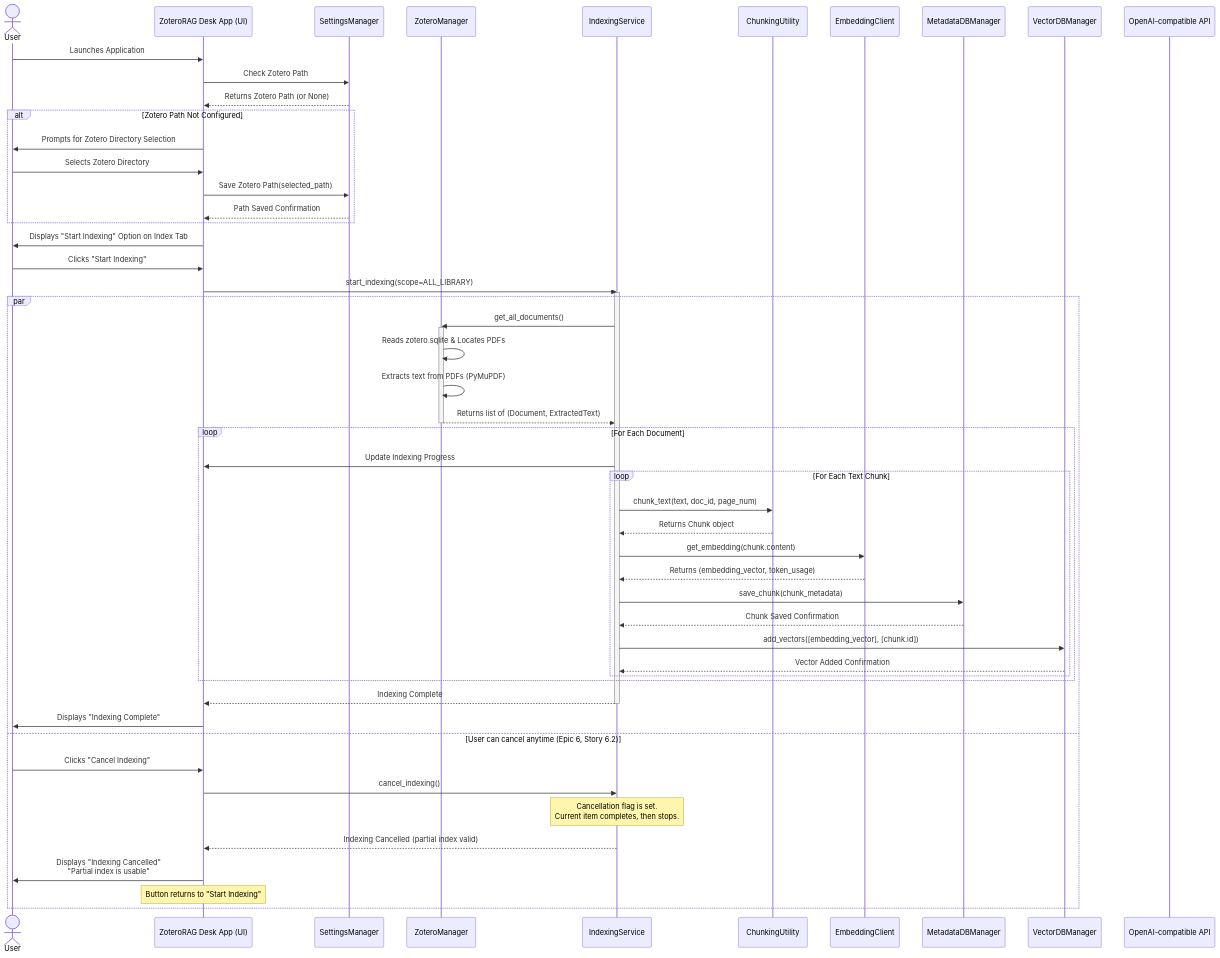
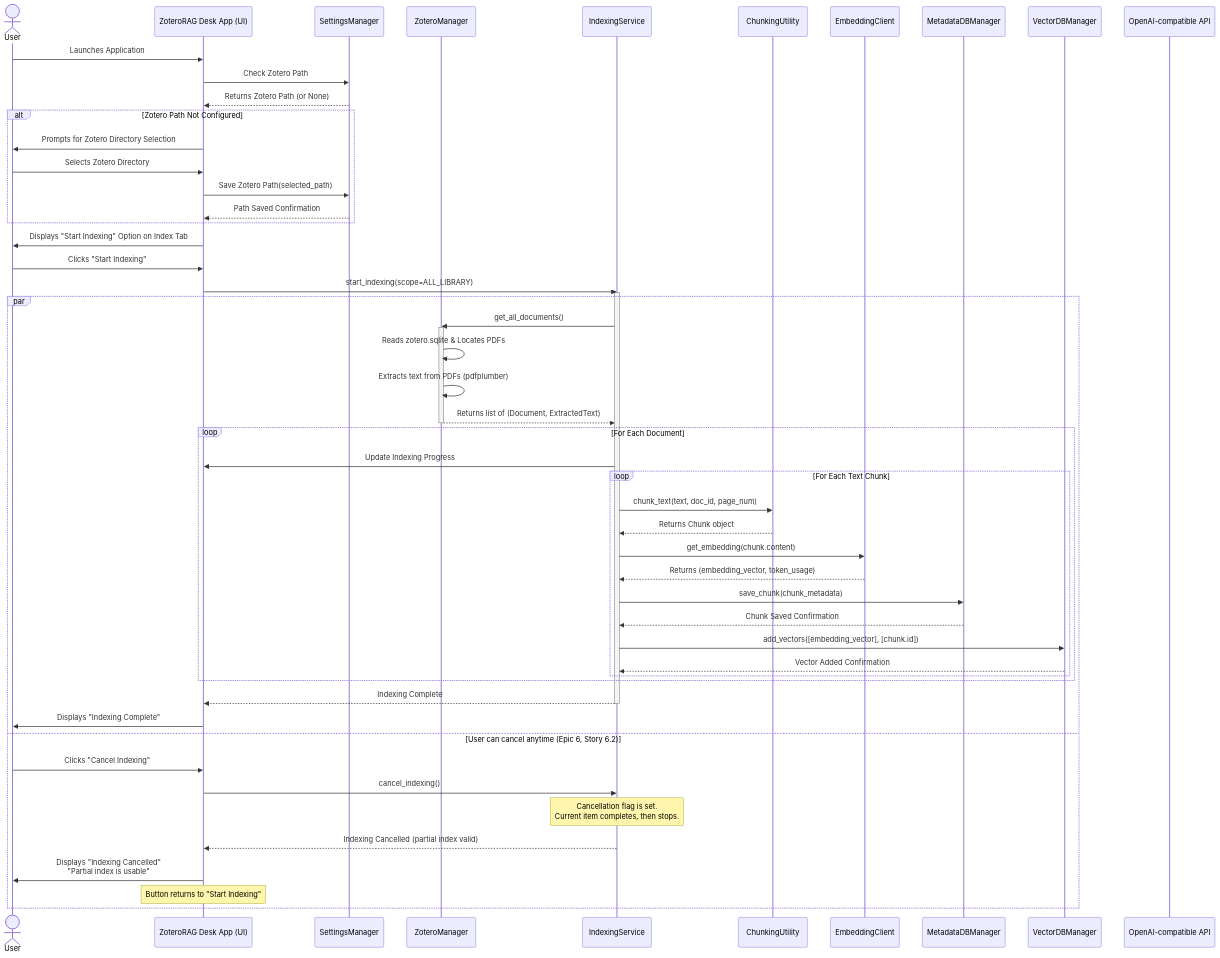
Before and after one commit to zzwwbs/ZoteroRAG: the third of 5 diagrams in docs/architecture.md, drawn with Mermaid. The commit also changed other lines of this file and 30 other files, not shown here.

````diff
--- a/docs/architecture.md
+++ b/docs/architecture.md
@@ -628,67 +628,67 @@
 ```mermaid
 sequenceDiagram
     actor User
     participant UI as ZoteroRAG Desk App (UI)
     participant SM as SettingsManager
     participant ZM as ZoteroManager
     participant IS as IndexingService
     participant CU as ChunkingUtility
     participant EC as EmbeddingClient
     participant MDM as MetadataDBManager
     participant VDM as VectorDBManager
     participant OAI as OpenAI-compatible API
 
     User->>UI: Launches Application
     UI->>SM: Check Zotero Path
     SM-->>UI: Returns Zotero Path (or None)
 
     alt Zotero Path Not Configured
         UI->>User: Prompts for Zotero Directory Selection
         User->>UI: Selects Zotero Directory
         UI->>SM: Save Zotero Path(selected_path)
         SM-->>UI: Path Saved Confirmation
     end
 
     UI->>User: Displays "Start Indexing" Option on Index Tab
     User->>UI: Clicks "Start Indexing"
     UI->>IS: start_indexing(scope=ALL_LIBRARY)
     activate IS
 
     par
         IS->>ZM: get_all_documents()
         activate ZM
         ZM->>ZM: Reads zotero.sqlite & Locates PDFs
-        ZM->>ZM: Extracts text from PDFs (PyMuPDF)
+        ZM->>ZM: Extracts text from PDFs (pdfplumber)
         ZM-->>IS: Returns list of (Document, ExtractedText)
         deactivate ZM
 
         loop For Each Document
             IS->>UI: Update Indexing Progress
 
             loop For Each Text Chunk
                 IS->>CU: chunk_text(text, doc_id, page_num)
                 CU-->>IS: Returns Chunk object
 
                 IS->>EC: get_embedding(chunk.content)
                 EC-->>IS: Returns (embedding_vector, token_usage)
 
                 IS->>MDM: save_chunk(chunk_metadata)
                 MDM-->>IS: Chunk Saved Confirmation
 
                 IS->>VDM: add_vectors([embedding_vector], [chunk.id])
                 VDM-->>IS: Vector Added Confirmation
             end
         end
         IS-->>UI: Indexing Complete
         deactivate IS
         UI->>User: Displays "Indexing Complete"
 
     and User can cancel anytime (Epic 6, Story 6.2)
         User->>UI: Clicks "Cancel Indexing"
         UI->>IS: cancel_indexing()
         Note over IS: Cancellation flag is set.<br/>Current item completes, then stops.
         IS-->>UI: Indexing Cancelled (partial index valid)
         UI->>User: Displays "Indexing Cancelled"<br/>"Partial index is usable"
         Note over UI: Button returns to "Start Indexing"
     end
 ```
````
